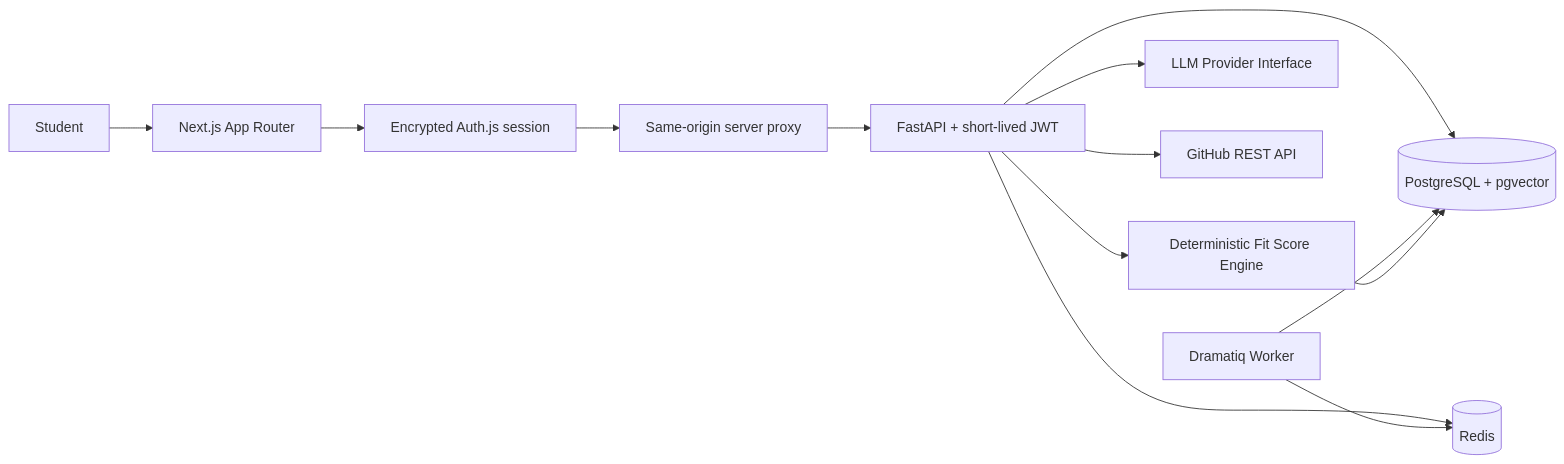
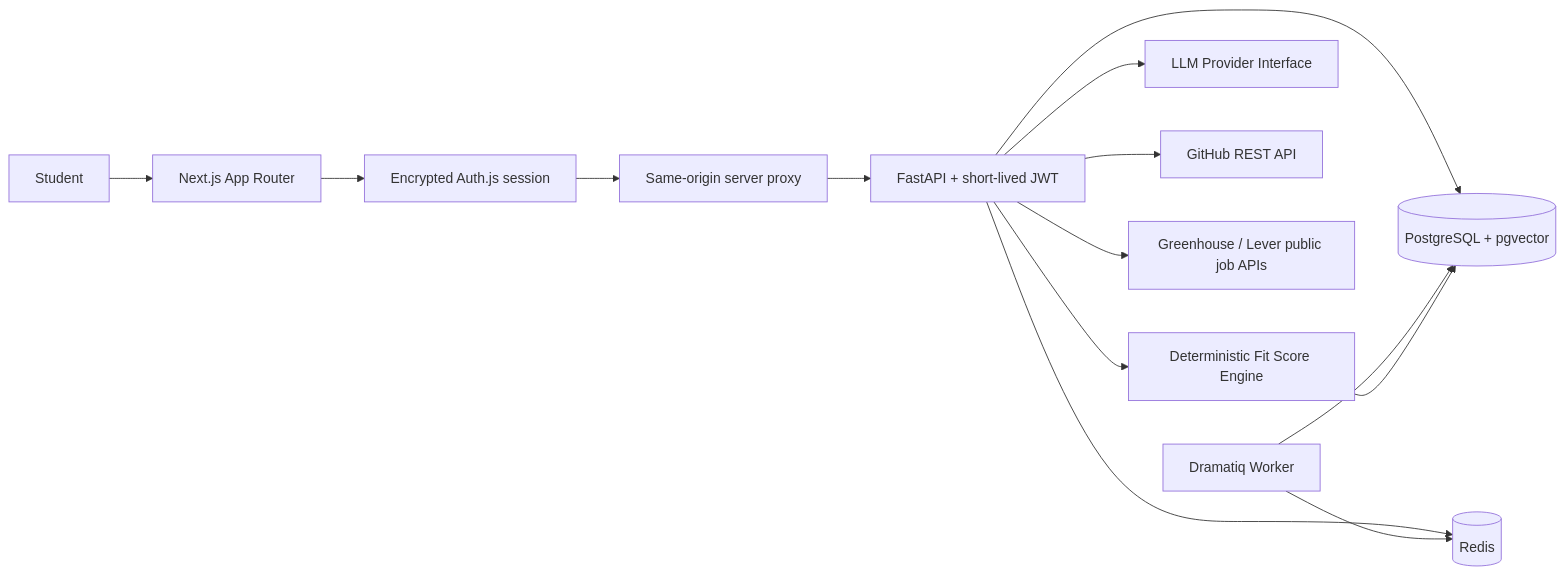
The first of 2 diagrams in README.md (barisparlakk/ApplyWise), drawn with Mermaid before and after one commit. The commit also changed other lines of this file and 25 other files, not shown here.

````diff
--- a/README.md
+++ b/README.md
@@ -13,15 +13,16 @@
 ```mermaid
 flowchart LR
     User["Student"] --> Web["Next.js App Router"]
     Web --> Auth["Encrypted Auth.js session"]
     Auth --> BFF["Same-origin server proxy"]
     BFF --> API["FastAPI + short-lived JWT"]
     API --> Postgres[("PostgreSQL + pgvector")]
     API --> Redis[("Redis")]
     Worker["Dramatiq Worker"] --> Redis
     Worker --> Postgres
     API --> AI["LLM Provider Interface"]
     API --> GitHub["GitHub REST API"]
+    API --> JobSources["Greenhouse / Lever public job APIs"]
     API --> Score["Deterministic Fit Score Engine"]
     Score --> Postgres
 ```
````
